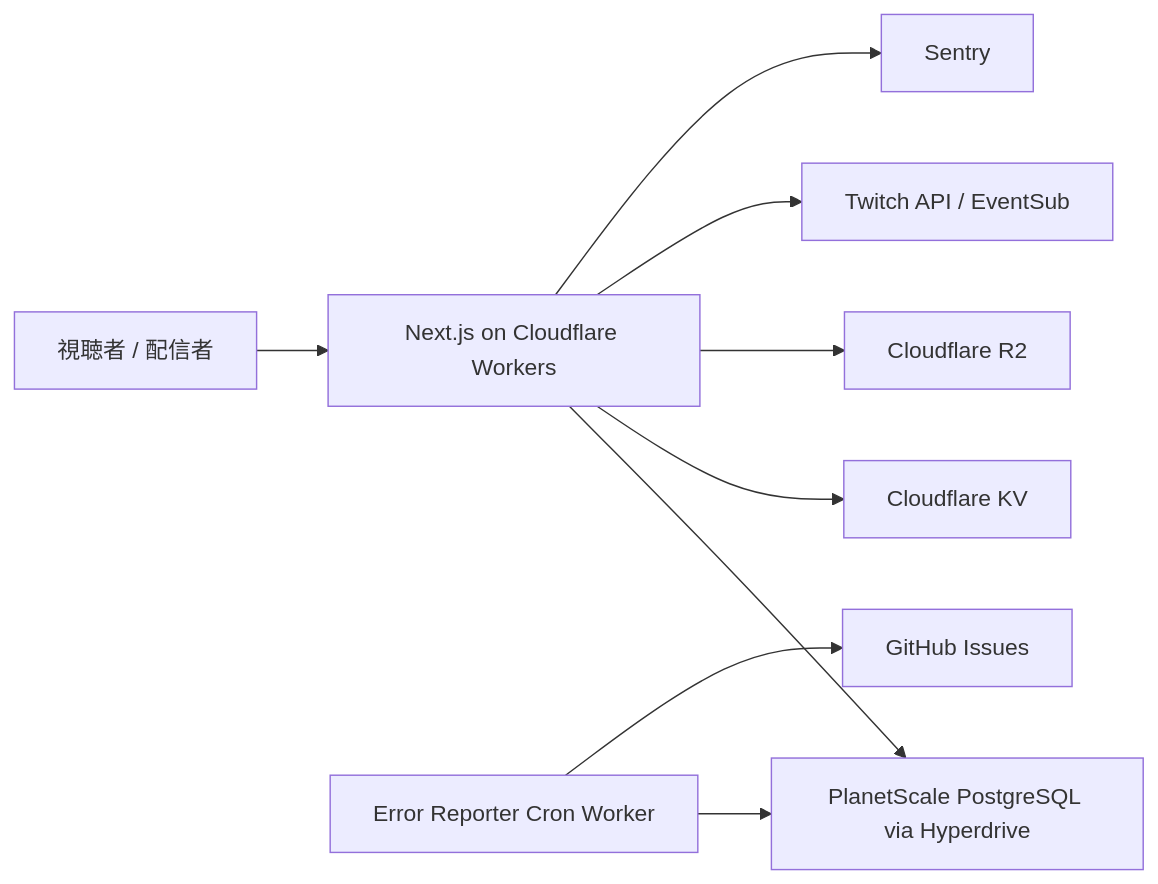
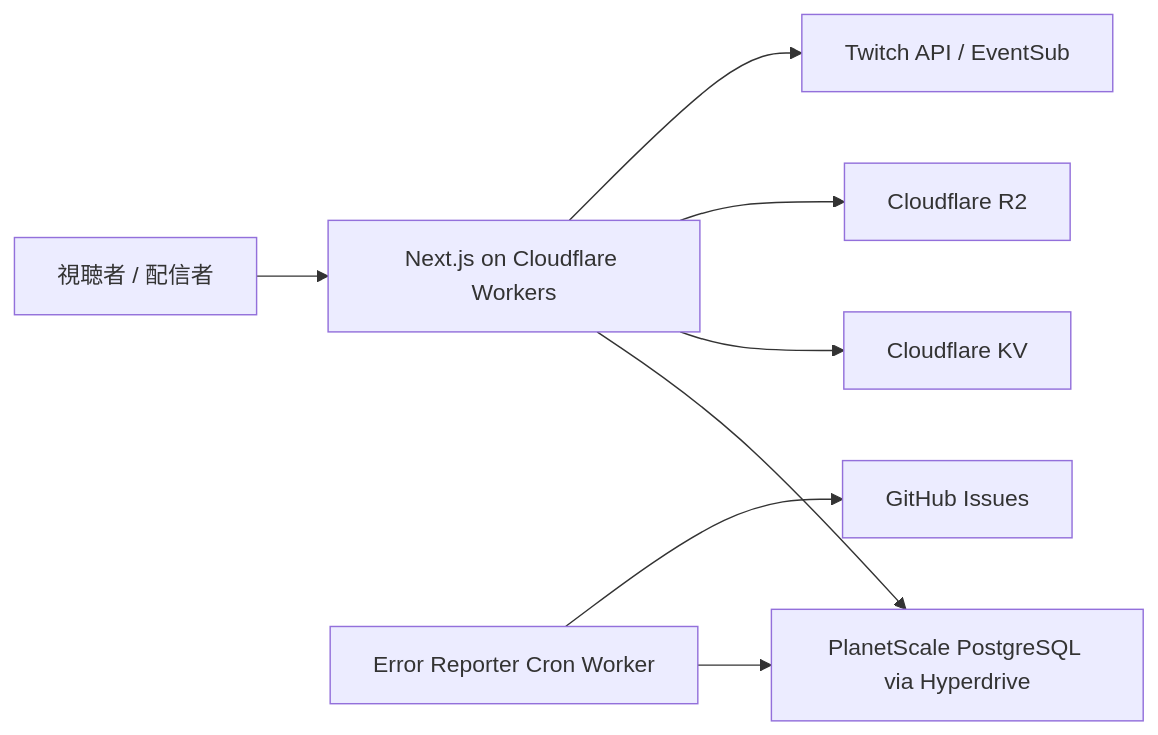
Before and after one commit to azumag/twica: the diagram in README.md, drawn with Mermaid. The commit also changed other lines of this file and 59 other files, not shown here.

````diff
--- a/README.md
+++ b/README.md
@@ -9,11 +9,10 @@
 ```mermaid
 flowchart LR
   Viewer[視聴者 / 配信者] --> App[Next.js on Cloudflare Workers]
   App --> DB[PlanetScale PostgreSQL via Hyperdrive]
   App --> KV[Cloudflare KV]
   App --> R2[Cloudflare R2]
   App --> Twitch[Twitch API / EventSub]
-  App --> Sentry[Sentry]
   Reporter[Error Reporter Cron Worker] --> DB
   Reporter --> GitHub[GitHub Issues]
 ```
````
